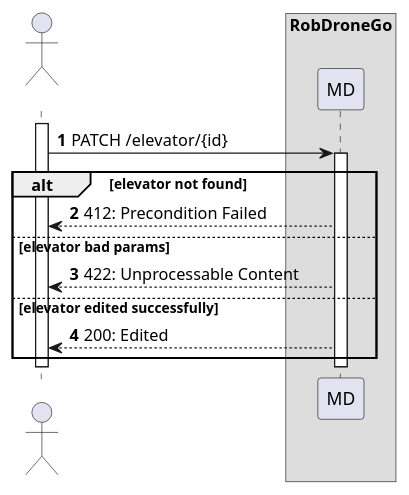
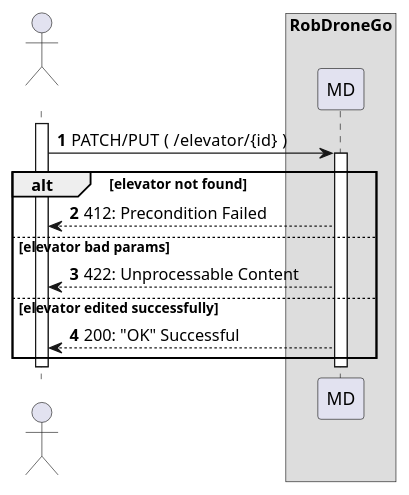
Before and after one commit to Departamento-de-Engenharia-Informatica/lapr5-23-24-g19: the diagram in docs/us280/level2/process-view.puml, drawn with PlantUML. The commit also changed 6 other files, not shown here.

Commit message:
docs(us280,290): lvl1,lvl2,lvl3, class diagram and view-processes updated

```diff
--- a/docs/us280/level2/process-view.puml
+++ b/docs/us280/level2/process-view.puml
@@ -1,24 +1,24 @@
 @startuml
 autonumber
 
 actor " " as actor
 box "RobDroneGo"
 participant "MD" as mdr
 
 activate actor
-    actor -> mdr: PATCH /elevator/{id}
+    actor -> mdr: PATCH/PUT  ( /elevator/{id} )
         activate mdr
 
         alt  elevator not found
         mdr --> actor : 412: Precondition Failed
             else elevator bad params
             mdr --> actor : 422: Unprocessable Content
         else elevator edited successfully
-            mdr --> actor : 200: Edited
+            mdr --> actor : 200: "OK" Successful
         end
 
     deactivate mdr
 deactivate actor
 
 
 @enduml
```
